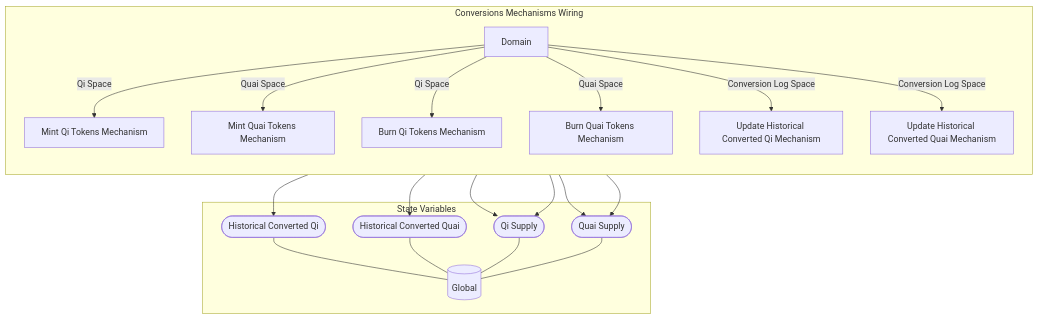
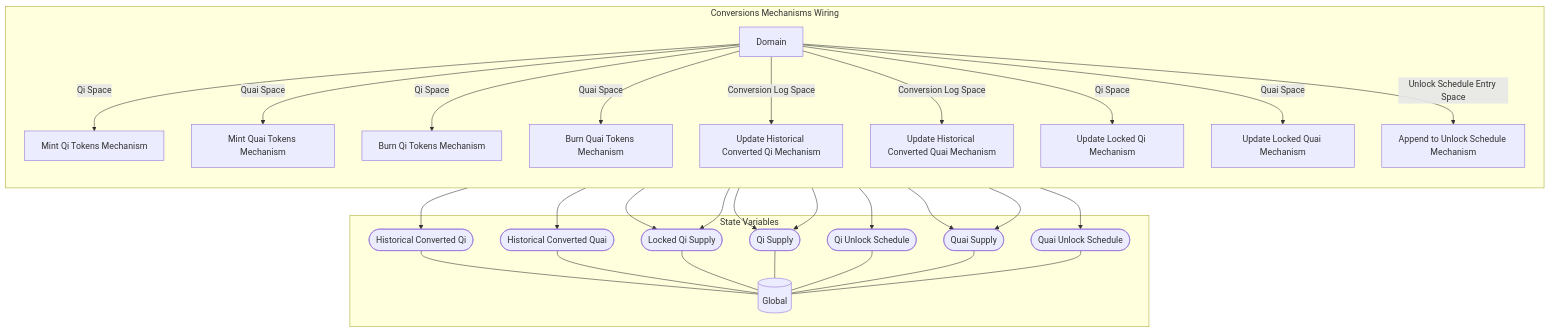
The diagram in Research/MSML Scaffold/Wiring/Conversions Mechanisms Wiring.md (dominant-strategies/Quai-Macro-Model), drawn with Mermaid before and after one commit. The commit also changed other lines of this file and 24 other files, not shown here.

````diff
--- a/Research/MSML Scaffold/Wiring/Conversions Mechanisms Wiring.md
+++ b/Research/MSML Scaffold/Wiring/Conversions Mechanisms Wiring.md
@@ -3,41 +3,57 @@
 ```mermaid
 graph TB
 
 subgraph SVS["State Variables"]
 EE0[("Global")]
 EES0(["Historical Converted Qi"])
 EES0 --- EE0
 EES1(["Historical Converted Quai"])
 EES1 --- EE0
-EES2(["Qi Supply"])
+EES2(["Locked Qi Supply"])
 EES2 --- EE0
-EES3(["Quai Supply"])
+EES3(["Qi Supply"])
 EES3 --- EE0
+EES4(["Qi Unlock Schedule"])
+EES4 --- EE0
+EES5(["Quai Supply"])
+EES5 --- EE0
+EES6(["Quai Unlock Schedule"])
+EES6 --- EE0
 end
 
-subgraph X9["Conversions Mechanisms Wiring"]
+subgraph X12["Conversions Mechanisms Wiring"]
 direction TB
 X1["Mint Qi Tokens Mechanism"]
-X1 --> EES2
+X1 --> EES3
 X2["Mint Quai Tokens Mechanism"]
-X2 --> EES3
+X2 --> EES5
 X3["Burn Qi Tokens Mechanism"]
-X3 --> EES2
+X3 --> EES3
 X4["Burn Quai Tokens Mechanism"]
-X4 --> EES3
+X4 --> EES5
 X5["Update Historical Converted Qi Mechanism"]
 X5 --> EES0
 X6["Update Historical Converted Quai Mechanism"]
 X6 --> EES1
-X7[Domain]
+X7["Update Locked Qi Mechanism"]
+X7 --> EES2
+X8["Update Locked Quai Mechanism"]
+X8 --> EES2
+X9["Append to Unlock Schedule Mechanism"]
+X9 --> EES6
+X9 --> EES4
+X10[Domain]
 
 direction LR
 direction TB
-X7 --"Qi Space"--> X1
-X7 --"Quai Space"--> X2
-X7 --"Qi Space"--> X3
-X7 --"Quai Space"--> X4
-X7 --"Conversion Log Space"--> X5
-X7 --"Conversion Log Space"--> X6
+X10 --"Qi Space"--> X1
+X10 --"Quai Space"--> X2
+X10 --"Qi Space"--> X3
+X10 --"Quai Space"--> X4
+X10 --"Conversion Log Space"--> X5
+X10 --"Conversion Log Space"--> X6
+X10 --"Qi Space"--> X7
+X10 --"Quai Space"--> X8
+X10 --"Unlock Schedule Entry Space"--> X9
 end
 ```
````
